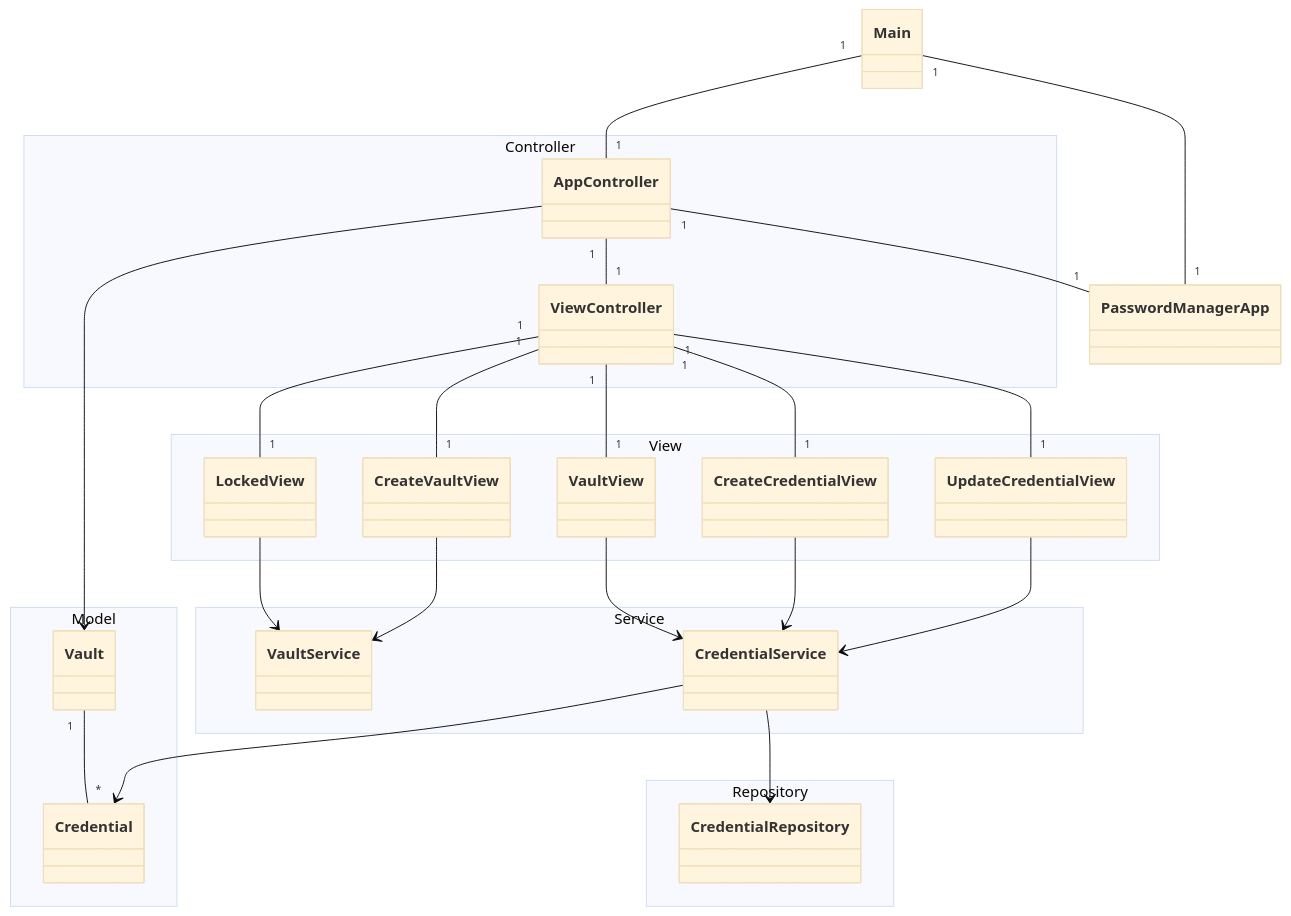
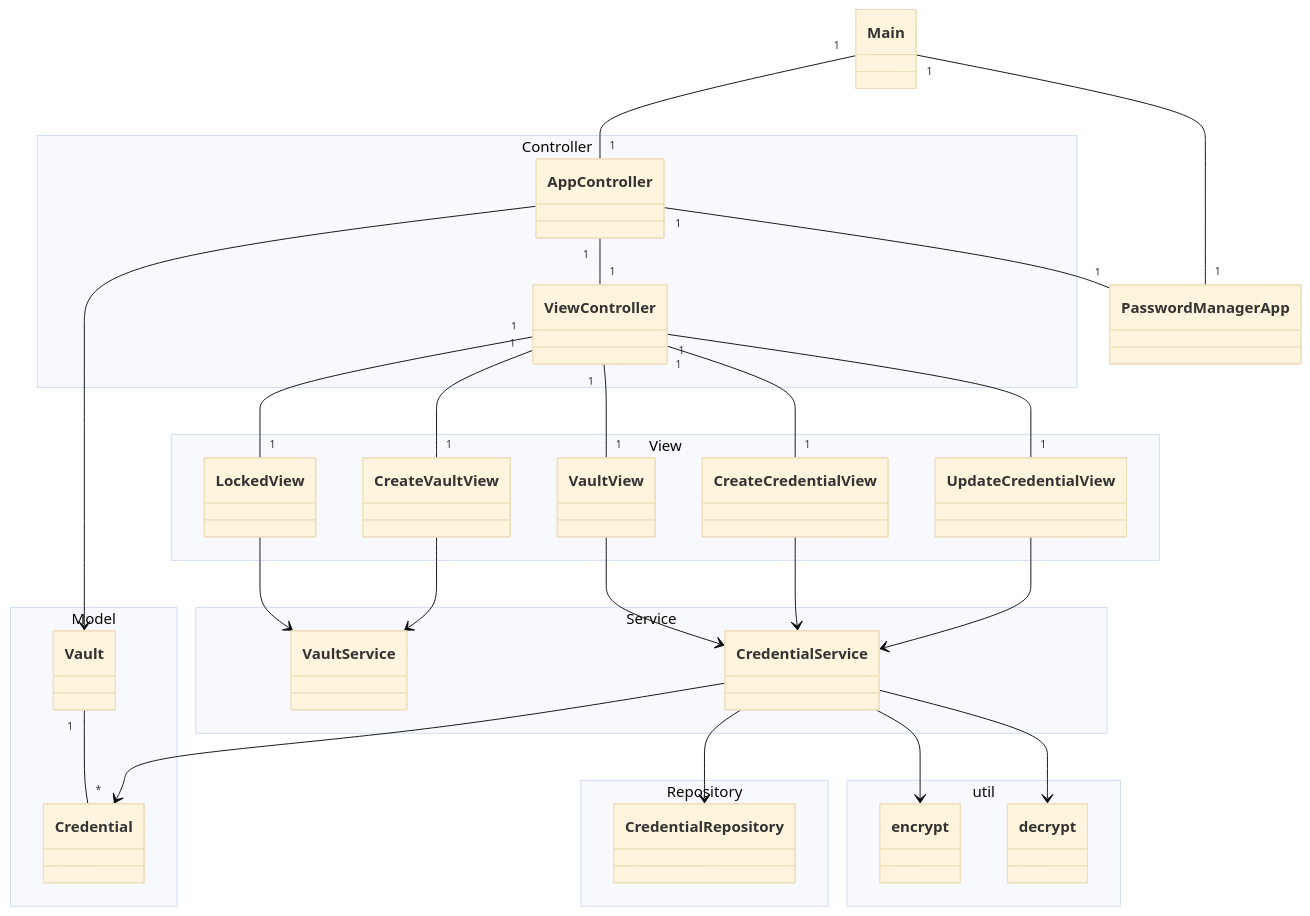
One commit to antoKeinanen/ohte-salasana-hallinta changed the first of 4 diagrams in dokumentaatio/arkkitehtuuri.md. Above: the diagram before and after it, drawn with Mermaid (base theme). The commit also changed other lines of this file, not shown here.

Commit message:
docs: improve architecture documentation

````diff
--- a/dokumentaatio/arkkitehtuuri.md
+++ b/dokumentaatio/arkkitehtuuri.md
@@ -8,53 +8,60 @@
 ```mermaid
 classDiagram
 
 class Main
 class PasswordManagerApp
 
 namespace Controller {
     class AppController
     class ViewController
 }
 
 namespace Model {
     class Vault
     class Credential
 }
 
 namespace View {
     class VaultView
     class CreateCredentialView
     class UpdateCredentialView
     class LockedView
     class CreateVaultView
 }
 
 namespace Service {
     class VaultService
     class CredentialService
 }
 
 namespace Repository {
     class CredentialRepository
 }
 
+namespace util {
+    class encrypt
+    class decrypt
+}
+
 Main "1" -- "1" PasswordManagerApp
 Main "1" -- "1" AppController
 AppController "1" -- "1" PasswordManagerApp
 AppController "1" -- "1" ViewController
 ViewController "1" -- "1" VaultView
 ViewController "1" -- "1" CreateCredentialView
 ViewController "1" -- "1" LockedView
 ViewController "1" -- "1" CreateVaultView
 ViewController "1" -- "1" UpdateCredentialView
 LockedView --> VaultService
 CreateVaultView --> VaultService
 VaultView --> CredentialService
 CreateCredentialView --> CredentialService
 UpdateCredentialView --> CredentialService
 CredentialService --> CredentialRepository
 Vault "1" -- "*" Credential
 CredentialService --> Credential
 AppController --> Vault
+CredentialService --> encrypt
+CredentialService --> decrypt
 
 ```
````
